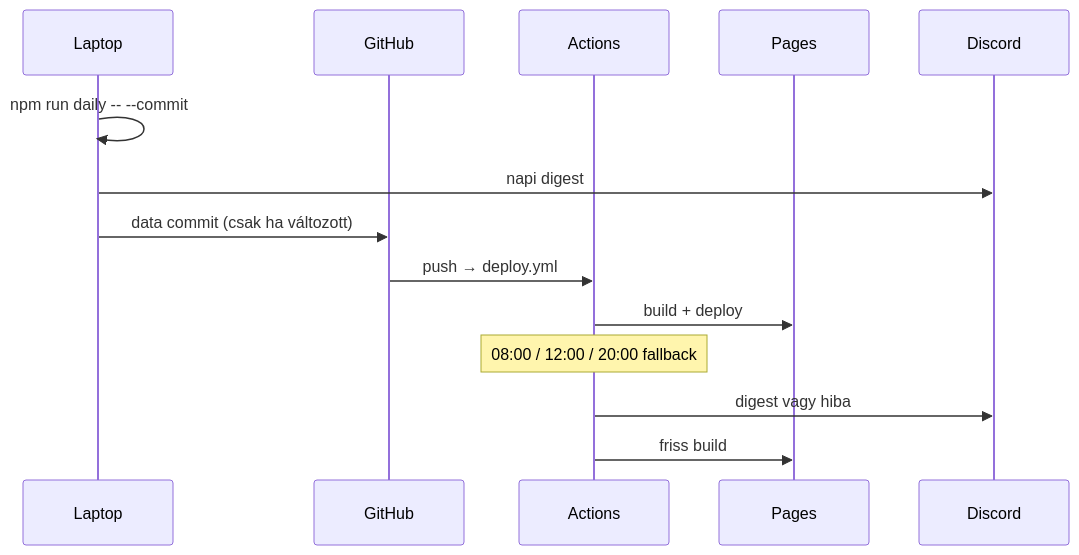
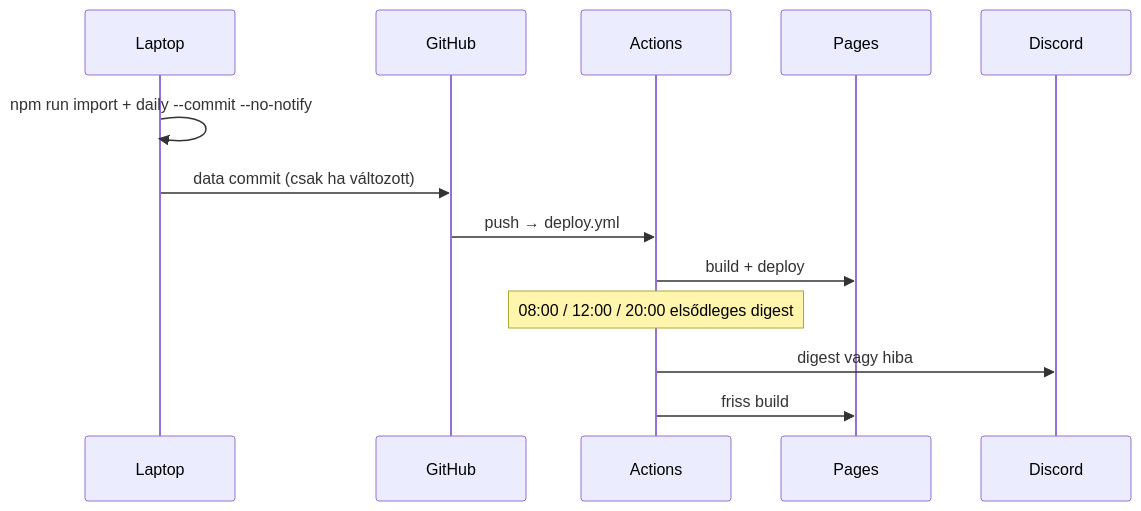
The second of 2 diagrams in README.md (Gyuri125/big-deal-radar), drawn with Mermaid before and after one commit. The commit also changed other lines of this file and 25 other files, not shown here.

````diff
--- a/README.md
+++ b/README.md
@@ -122,18 +123,17 @@
 ```mermaid
 sequenceDiagram
   participant L as Laptop
   participant GH as GitHub
   participant A as Actions
   participant P as Pages
   participant D as Discord
 
-  L->>L: npm run daily -- --commit
-  L->>D: napi digest
+  L->>L: npm run import + daily --commit --no-notify
   L->>GH: data commit (csak ha változott)
   GH->>A: push → deploy.yml
   A->>P: build + deploy
 
-  Note over A: 08:00 / 12:00 / 20:00 fallback
+  Note over A: 08:00 / 12:00 / 20:00 elsődleges digest
   A->>D: digest vagy hiba
   A->>P: friss build
 ```
````
